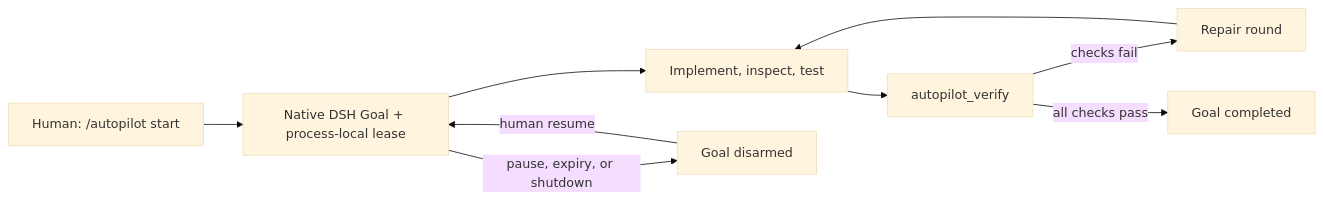
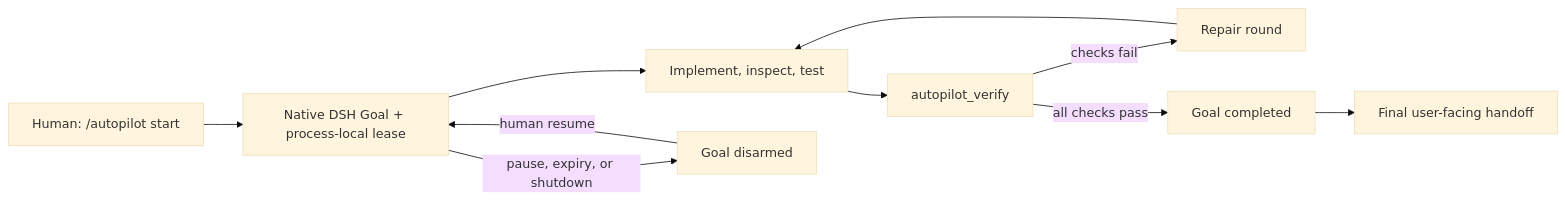
Before and after one commit to LiuMengxuan04/dsh-autopilot: the diagram in README.md, drawn with Mermaid (base theme). The commit also changed other lines of this file and 12 other files, not shown here.

````diff
--- a/README.md
+++ b/README.md
@@ -62,11 +63,12 @@
 ```mermaid
 flowchart LR
     A["Human: /autopilot start"] --> B["Native DSH Goal + process-local lease"]
     B --> C["Implement, inspect, test"]
     C --> D["autopilot_verify"]
     D -->|"checks fail"| E["Repair round"]
     E --> C
     D -->|"all checks pass"| F["Goal completed"]
+    F --> H["Final user-facing handoff"]
     B -->|"pause, expiry, or shutdown"| G["Goal disarmed"]
     G -->|"human resume"| B
 ```
````
